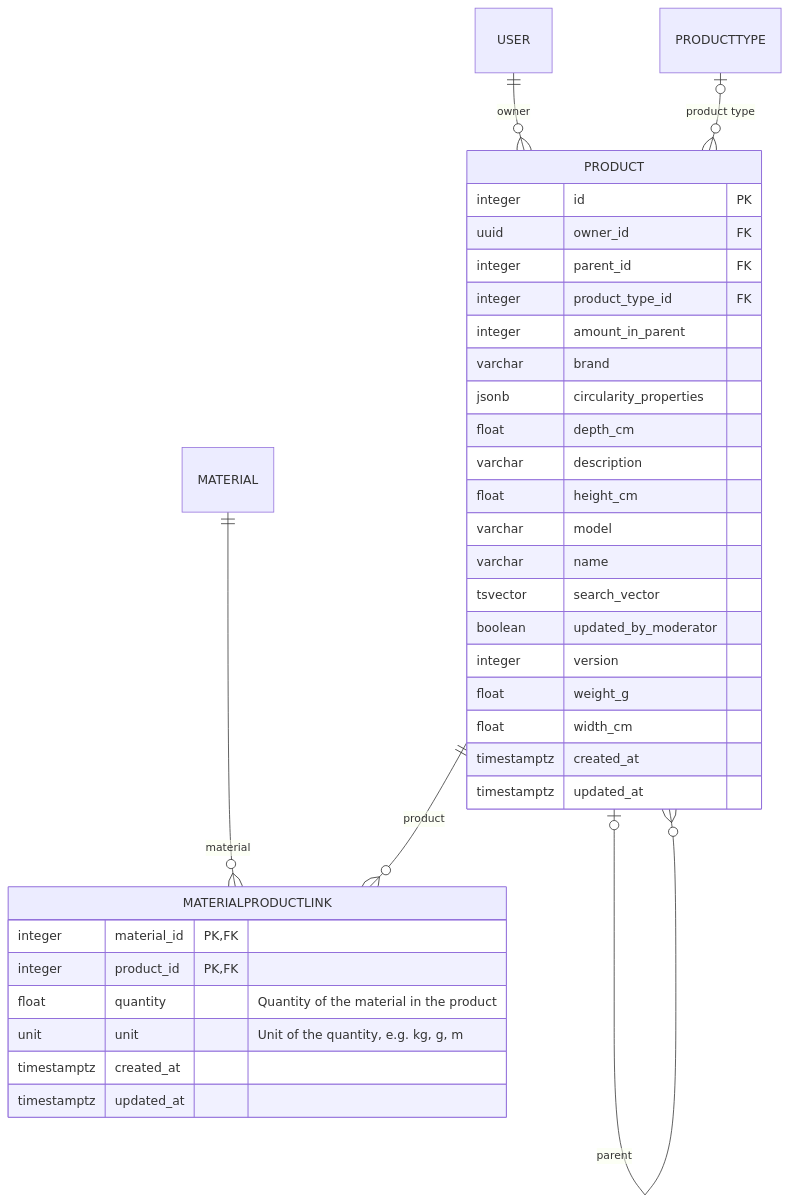
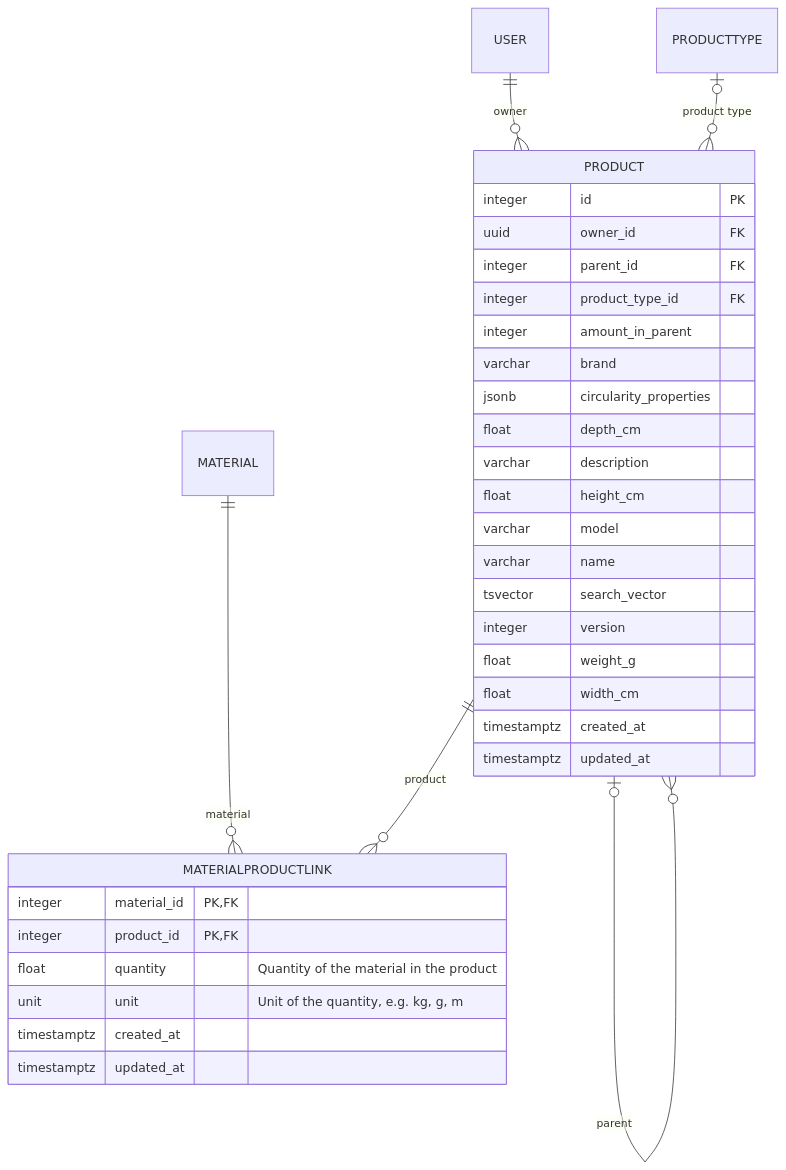
The diagram in docs/src/components/datamodel/data-collection.generated.mdx (CMLPlatform/relab), drawn with Mermaid before and after one commit. The commit also changed 13 other files, not shown here.

````diff
--- a/docs/src/components/datamodel/data-collection.generated.mdx
+++ b/docs/src/components/datamodel/data-collection.generated.mdx
@@ -3,42 +3,41 @@
 ```mermaid
 erDiagram
     accTitle: Data collection entities
     accDescr: The data collection tables are MATERIALPRODUCTLINK, PRODUCT. Each MATERIALPRODUCTLINK row names exactly one MATERIAL as its material. Each MATERIALPRODUCTLINK row names exactly one PRODUCT as its product. Each PRODUCT row names exactly one USER as its owner. Each PRODUCT row names zero or one PRODUCT as its parent. Each PRODUCT row names zero or one PRODUCTTYPE as its product type.
 
     MATERIALPRODUCTLINK {
         integer material_id PK, FK
         integer product_id PK, FK
         float quantity "Quantity of the material in the product"
         unit unit "Unit of the quantity, e.g. kg, g, m"
         timestamptz created_at
         timestamptz updated_at
     }
 
     PRODUCT {
         integer id PK
         uuid owner_id FK
         integer parent_id FK
         integer product_type_id FK
         integer amount_in_parent
         varchar brand
         jsonb circularity_properties
         float depth_cm
         varchar description
         float height_cm
         varchar model
         varchar name
         tsvector search_vector
-        boolean updated_by_moderator
         integer version
         float weight_g
         float width_cm
         timestamptz created_at
         timestamptz updated_at
     }
 
     MATERIAL ||--o{ MATERIALPRODUCTLINK : "material"
     PRODUCT ||--o{ MATERIALPRODUCTLINK : "product"
     USER ||--o{ PRODUCT : "owner"
     PRODUCT |o--o{ PRODUCT : "parent"
     PRODUCTTYPE |o--o{ PRODUCT : "product type"
 ```
````
